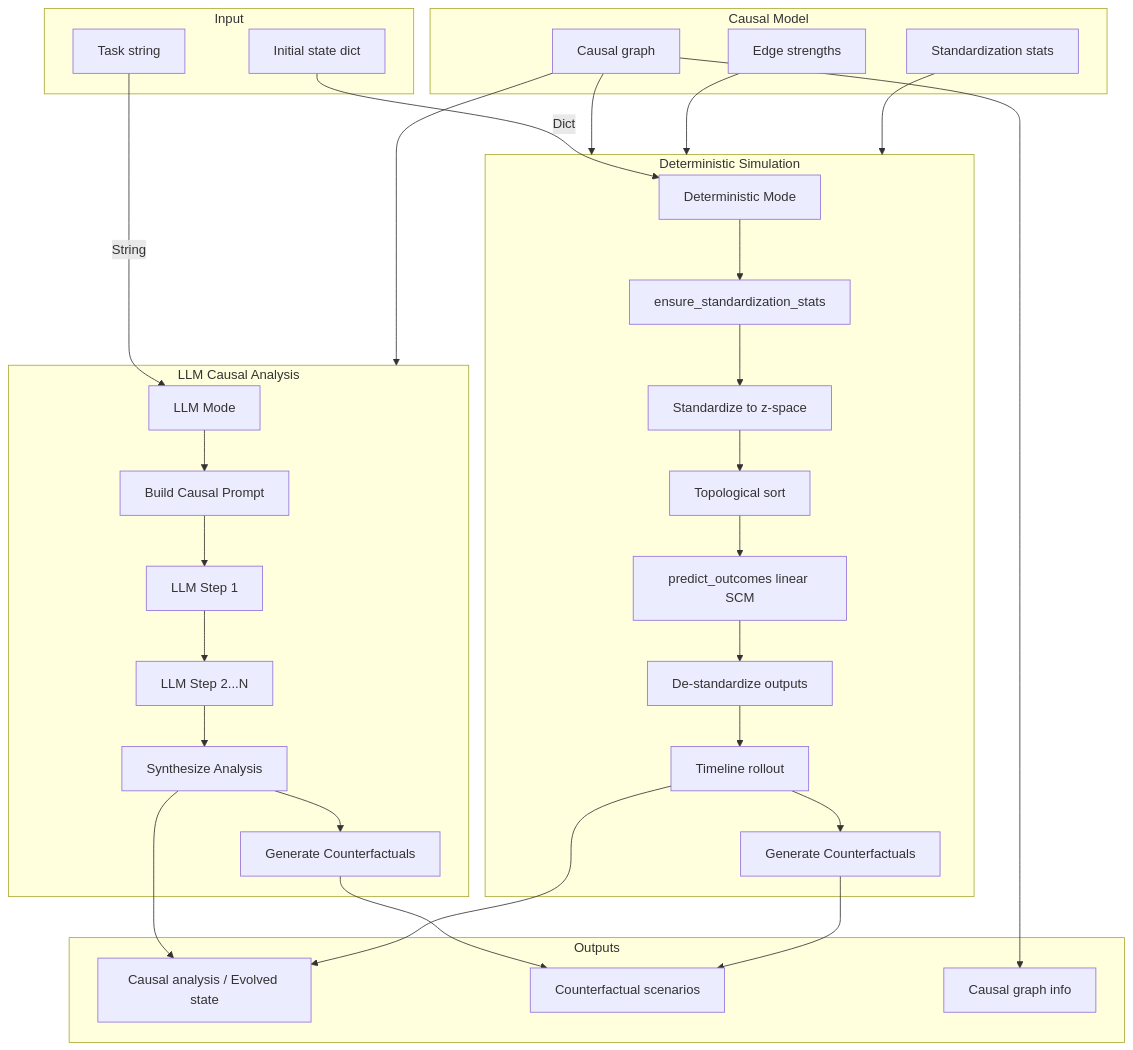
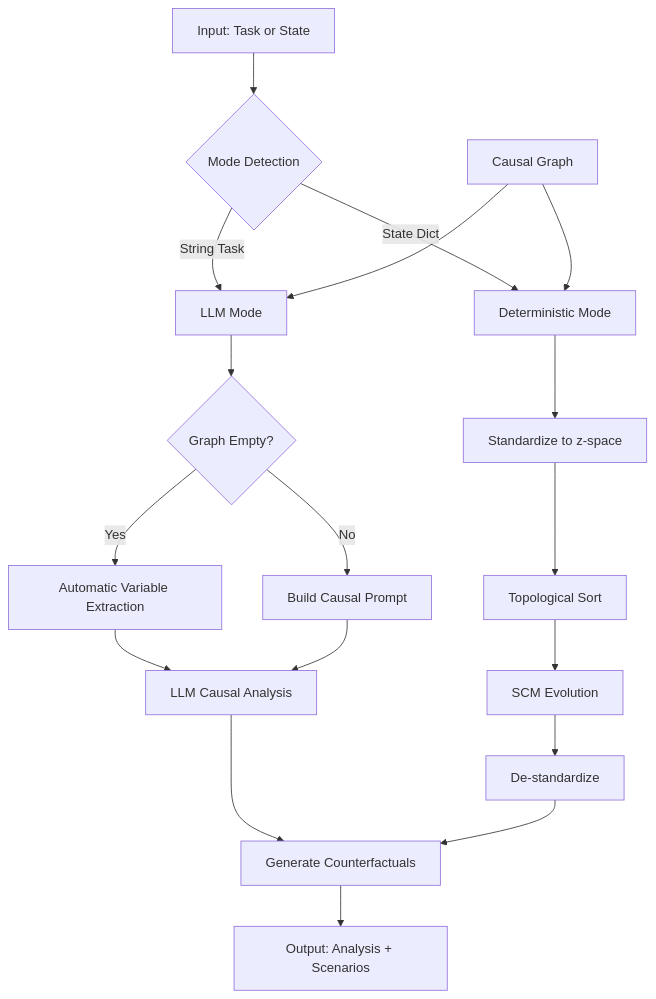
One commit to IlumCI/CRCA-lite changed the diagram in README.md. Above: the diagram before and after it, drawn with Mermaid. The commit also changed other lines of this file, not shown here.

````diff
--- a/README.md
+++ b/README.md
@@ -102,50 +177,26 @@
 ```mermaid
 flowchart TB
-  subgraph Input[Input]
-    I1[Task string]
-    I2[Initial state dict]
-  end
-
-  I1 -->|String| LLM[LLM Mode]
-  I2 -->|Dict| DET[Deterministic Mode]
-
-  subgraph LLMFlow[LLM Causal Analysis]
-    LLM --> P1[Build Causal Prompt]
-    P1 --> L1[LLM Step 1]
-    L1 --> L2[LLM Step 2...N]
-    L2 --> SYN[Synthesize Analysis]
-    SYN --> CF1[Generate Counterfactuals]
-  end
-
-  subgraph DetFlow[Deterministic Simulation]
-    DET --> P2[ensure_standardization_stats]
-    P2 --> P3[Standardize to z-space]
-    P3 --> T[Topological sort]
-    T --> E[predict_outcomes linear SCM]
-    E --> D[De-standardize outputs]
-    D --> R[Timeline rollout]
-    R --> CF2[Generate Counterfactuals]
-  end
-
-  subgraph Model[Causal Model]
-    G1[Causal graph]
-    G2[Edge strengths]
-    G3[Standardization stats]
-  end
-
-  subgraph Output[Outputs]
-    O1[Causal analysis / Evolved state]
-    O2[Counterfactual scenarios]
-    O3[Causal graph info]
-  end
-
-  G1 --> LLMFlow
-  G1 --> DetFlow
-  G2 --> DetFlow
-  G3 --> DetFlow
-  CF1 --> O2
-  CF2 --> O2
-  SYN --> O1
-  R --> O1
-  G1 --> O3
+    Input[Input: Task or State] --> ModeCheck{Mode Detection}
+    
+    ModeCheck -->|String Task| LLMMode[LLM Mode]
+    ModeCheck -->|State Dict| DetMode[Deterministic Mode]
+    
+    LLMMode --> EmptyCheck{Graph Empty?}
+    EmptyCheck -->|Yes| AutoExtract[Automatic Variable Extraction]
+    EmptyCheck -->|No| BuildPrompt[Build Causal Prompt]
+    
+    AutoExtract --> LLMAnalysis[LLM Causal Analysis]
+    BuildPrompt --> LLMAnalysis
+    LLMAnalysis --> GenerateCF[Generate Counterfactuals]
+    
+    DetMode --> Standardize[Standardize to z-space]
+    Standardize --> TopoSort[Topological Sort]
+    TopoSort --> Predict[SCM Evolution]
+    Predict --> DeStandardize[De-standardize]
+    DeStandardize --> GenerateCF
+    
+    GenerateCF --> Output[Output: Analysis + Scenarios]
+    
+    Graph[Causal Graph] --> LLMMode
+    Graph --> DetMode
 ```
````
